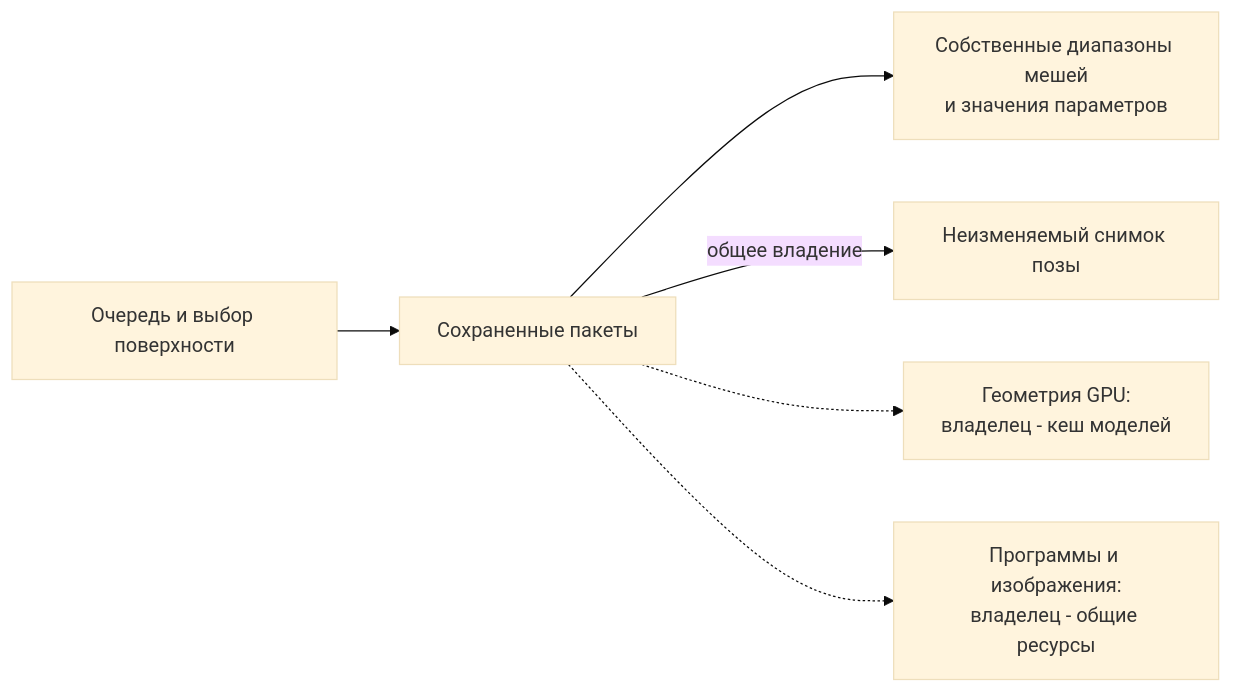
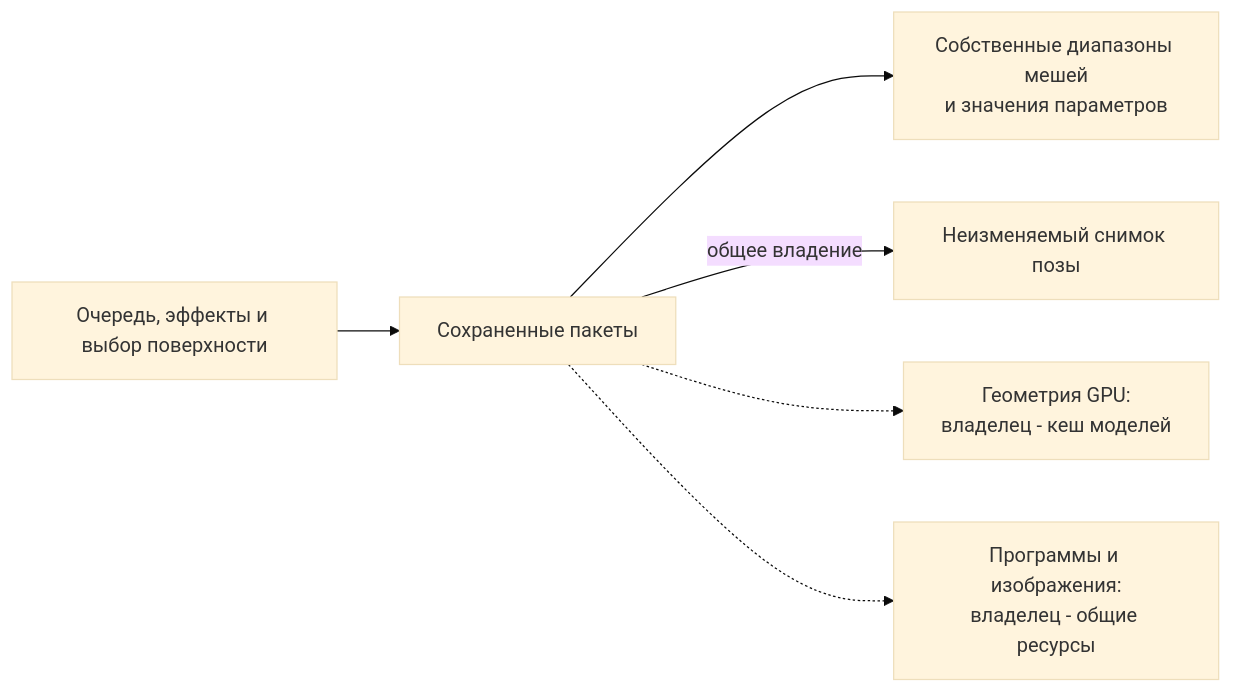
One commit to CS-NextClient/NextClient changed the third of 5 diagrams in docs/renderer-architecture.ru.md. Above: the diagram before and after it, drawn with Mermaid (base theme). The commit also changed other lines of this file and 31 other files, not shown here.

````diff
--- a/docs/renderer-architecture.ru.md
+++ b/docs/renderer-architecture.ru.md
@@ -56,8 +56,8 @@
 ```mermaid
 flowchart LR
-    Consumers["Очередь и выбор поверхности"] --> Packets["Сохраненные пакеты"]
+    Consumers["Очередь, эффекты и выбор поверхности"] --> Packets["Сохраненные пакеты"]
     Packets --> Values["Собственные диапазоны мешей<br/>и значения параметров"]
     Packets -->|общее владение| Pose["Неизменяемый снимок позы"]
     Packets -.-> Geometry["Геометрия GPU:<br/>владелец - кеш моделей"]
     Packets -.-> Shared["Программы и изображения:<br/>владелец - общие ресурсы"]
 ```
````
